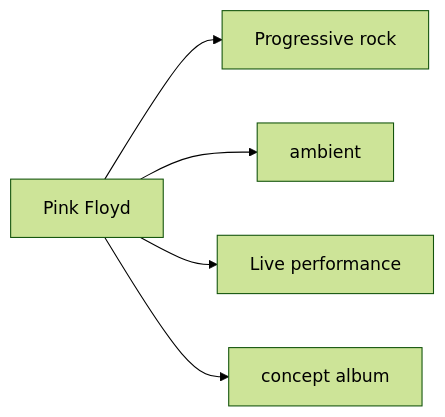
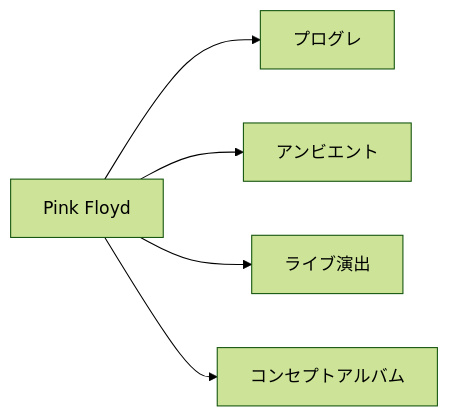
The sixth of 7 diagrams in en/_posts/2026-04-25-column-pink-floyd.md (monumental-movement/monumental-movement.github.io), drawn with Mermaid (forest theme) before and after one commit. The commit also changed other lines of this file and 2196 other files, not shown here.

```diff
--- a/en/_posts/2026-04-25-column-pink-floyd.md
+++ b/en/_posts/2026-04-25-column-pink-floyd.md
@@ -184,7 +183,7 @@
 <div class="mermaid">
 graph LR
-    A[Pink Floyd] --> B[Progressive rock]
-    A --> C[ambient]
-    A --> D[Live performance]
-    A --> E[concept album]
+    A[Pink Floyd] --> B[プログレ]
+    A --> C[アンビエント]
+    A --> D[ライブ演出]
+    A --> E[コンセプトアルバム]
 </div>
```
